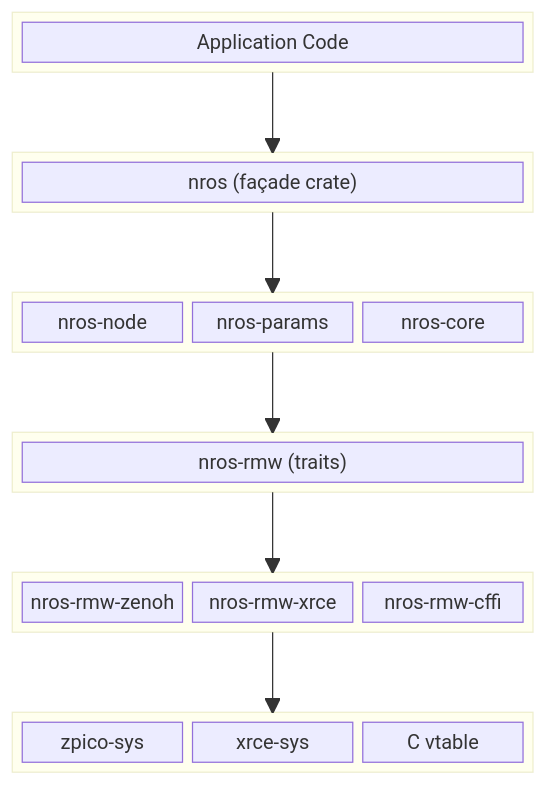
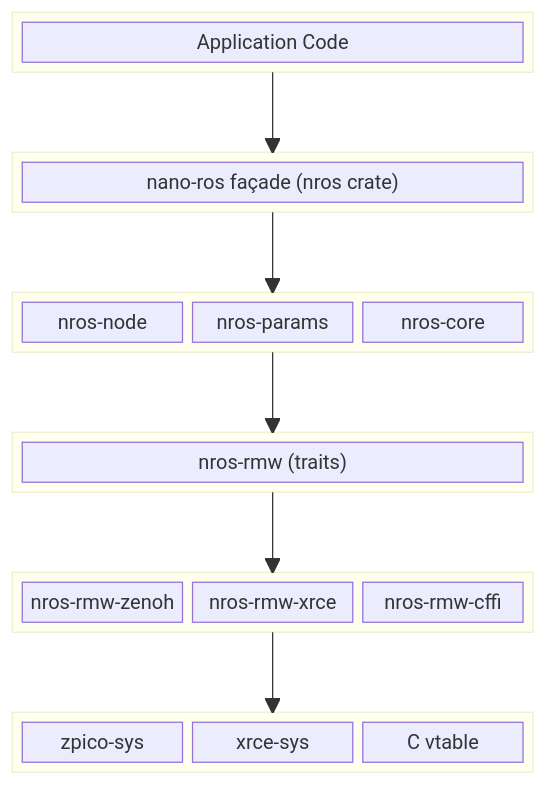
Before and after one commit to NEWSLabNTU/nano-ros: the first of 15 diagrams in docs/design/architecture-overview.md, drawn with Mermaid. The commit also changed other lines of this file and 5 other files, not shown here.

Commit message:
Rename "nros" to "nano-ros" in docs

````diff
--- a/docs/design/architecture-overview.md
+++ b/docs/design/architecture-overview.md
@@ -9,50 +9,50 @@
 ```mermaid
 block-beta
   columns 3
 
   block:app:3
     A["Application Code"]
   end
 
   space:3
 
   block:facade:3
-    B["nros (façade crate)"]
+    B["nano-ros façade (nros crate)"]
   end
 
   space:3
 
   block:core:3
     C["nros-node"]
     D["nros-params"]
     E["nros-core"]
   end
 
   space:3
 
   block:rmw:3
     H["nros-rmw (traits)"]
   end
 
   space:3
 
   block:backends:3
     I["nros-rmw-zenoh"]
     J["nros-rmw-xrce"]
     K["nros-rmw-cffi"]
   end
 
   space:3
 
   block:transport:3
     L["zpico-sys"]
     M["xrce-sys"]
     N["C vtable"]
   end
 
   app --> facade
   facade --> core
   core --> rmw
   rmw --> backends
   backends --> transport
 ```
````
